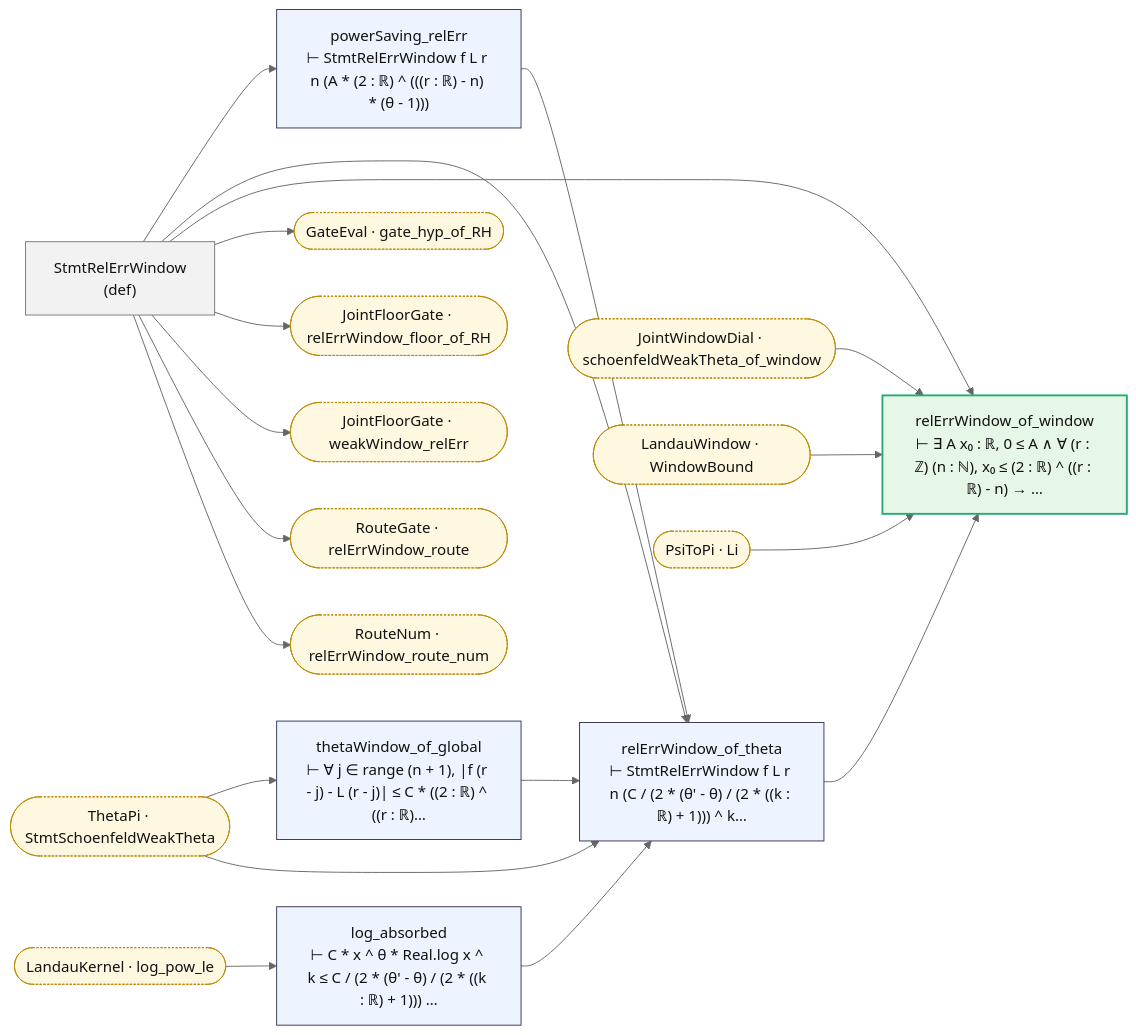
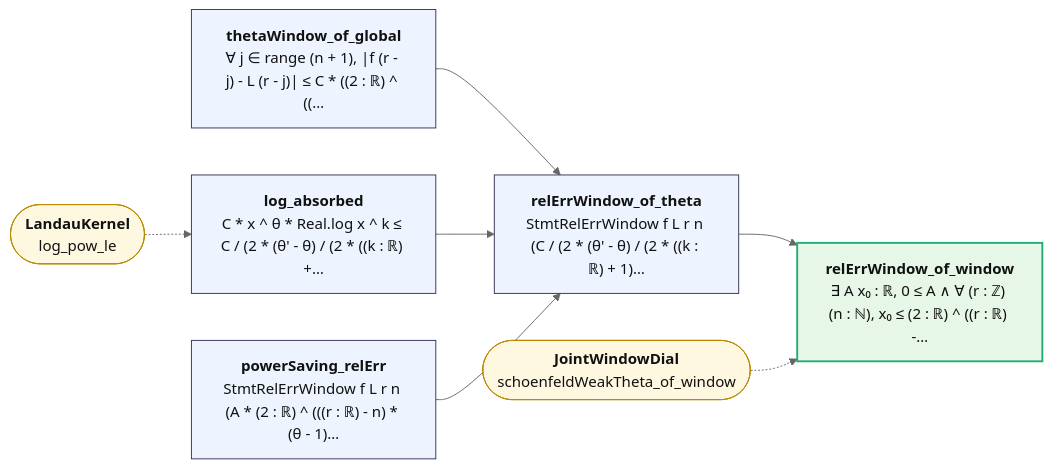
The diagram in map/lean_stage3/JointDialGate.md (juliansambranojr/Primebeat_081426), drawn with Mermaid (neutral theme) before and after one commit. The commit also changed other lines of this file and 387 other files, not shown here.

````diff
--- a/map/lean_stage3/JointDialGate.md
+++ b/map/lean_stage3/JointDialGate.md
@@ -8,43 +12,21 @@
 ```mermaid
 flowchart LR
-  n0["StmtRelErrWindow<br/>(def)"]:::dfn
-  n1["thetaWindow_of_global<br/>⊢ ∀ j ∈ range (n + 1), |f (r - j) - L (r - j)| ≤ C * ((2 : ℝ) ^ ((r : ℝ)…"]:::thm
-  n2["log_absorbed<br/>⊢ C * x ^ θ * Real.log x ^ k ≤ C / (2 * (θ' - θ) / (2 * ((k : ℝ) + 1))) …"]:::thm
-  n3["powerSaving_relErr<br/>⊢ StmtRelErrWindow f L r n (A * (2 : ℝ) ^ (((r : ℝ) - n) * (θ - 1)))"]:::thm
-  n4["relErrWindow_of_theta<br/>⊢ StmtRelErrWindow f L r n (C / (2 * (θ' - θ) / (2 * ((k : ℝ) + 1))) ^ k…"]:::thm
-  n5["relErrWindow_of_window<br/>⊢ ∃ A x₀ : ℝ, 0 ≤ A ∧ ∀ (r : ℤ) (n : ℕ), x₀ ≤ (2 : ℝ) ^ ((r : ℝ) - n) → …"]:::end_
-  x0(["GateEval · gate_hyp_of_RH"]):::ext
-  x1(["JointFloorGate · relErrWindow_floor_of_RH"]):::ext
-  x2(["JointFloorGate · weakWindow_relErr"]):::ext
-  x3(["JointWindowDial · schoenfeldWeakTheta_of_window"]):::ext
-  x4(["LandauKernel · log_pow_le"]):::ext
-  x5(["LandauWindow · WindowBound"]):::ext
-  x6(["PsiToPi · Li"]):::ext
-  x7(["RouteGate · relErrWindow_route"]):::ext
-  x8(["RouteNum · relErrWindow_route_num"]):::ext
-  x9(["ThetaPi · StmtSchoenfeldWeakTheta"]):::ext
+  n0["<b>thetaWindow_of_global</b><br/>∀ j ∈ range (n + 1), |f (r - j) - L (r - j)| ≤ C * ((2 : ℝ) ^ ((…"]:::thm
+  n1["<b>log_absorbed</b><br/>C * x ^ θ * Real.log x ^ k ≤ C / (2 * (θ' - θ) / (2 * ((k : ℝ) +…"]:::thm
+  n2["<b>powerSaving_relErr</b><br/>StmtRelErrWindow f L r n (A * (2 : ℝ) ^ (((r : ℝ) - n) * (θ - 1)…"]:::thm
+  n3["<b>relErrWindow_of_theta</b><br/>StmtRelErrWindow f L r n (C / (2 * (θ' - θ) / (2 * ((k : ℝ) + 1)…"]:::thm
+  n4["<b>relErrWindow_of_window</b><br/>∃ A x₀ : ℝ, 0 ≤ A ∧ ∀ (r : ℤ) (n : ℕ), x₀ ≤ (2 : ℝ) ^ ((r : ℝ) -…"]:::end_
+  x0(["<b>LandauKernel</b><br/>log_pow_le"]):::ext
+  x1(["<b>JointWindowDial</b><br/>schoenfeldWeakTheta_of_window"]):::ext
   n0 --> n3
-  n0 --> n4
-  n0 --> n5
-  n0 --> x0
-  n0 --> x1
-  n0 --> x2
-  n0 --> x7
-  n0 --> x8
-  n1 --> n4
-  n2 --> n4
+  n1 --> n3
+  n2 --> n3
   n3 --> n4
-  n4 --> n5
-  x3 --> n5
-  x4 --> n2
-  x5 --> n5
-  x6 --> n5
-  x9 --> n1
-  x9 --> n4
+  x0 -.-> n1
+  x1 -.-> n4
   classDef thm fill:#eef4ff,stroke:#335,color:#111
-  classDef dfn fill:#f2f2f2,stroke:#777,color:#111
   classDef end_ fill:#e7f7e7,stroke:#2a7,color:#111,stroke-width:2px
   classDef lone fill:#fff,stroke:#999,color:#111,stroke-dasharray:4 3
   classDef bad fill:#ffe5e5,stroke:#c22,color:#111,stroke-width:2px
-  classDef ext fill:#fff8e1,stroke:#b80,color:#111,stroke-dasharray:2 2
+  classDef ext fill:#fff8e1,stroke:#b80,color:#111
 ```
````
